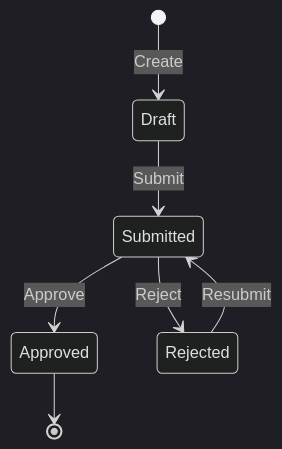
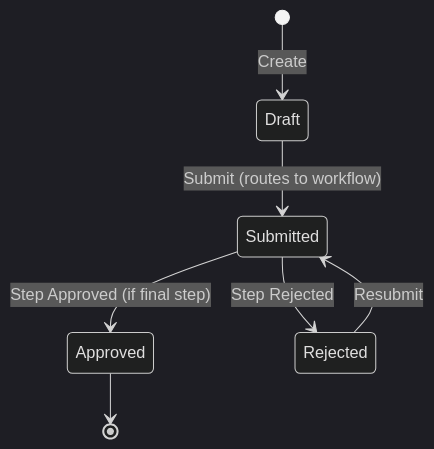
One commit to SandeepPamujula/sp-vibe changed the third of 4 diagrams in expense-mgmt/docs/architecture.md. Above: the diagram before and after it, drawn with Mermaid (dark theme). The commit also changed other lines of this file and 5 other files, not shown here.

````diff
--- a/expense-mgmt/docs/architecture.md
+++ b/expense-mgmt/docs/architecture.md
@@ -190,9 +234,9 @@
 ```mermaid
 stateDiagram-v2
     [*] --> Draft: Create
-    Draft --> Submitted: Submit
-    Submitted --> Approved: Approve
-    Submitted --> Rejected: Reject
+    Draft --> Submitted: Submit (routes to workflow)
+    Submitted --> Approved: Step Approved (if final step)
+    Submitted --> Rejected: Step Rejected
     Rejected --> Submitted: Resubmit
     Approved --> [*]
 ```
````
